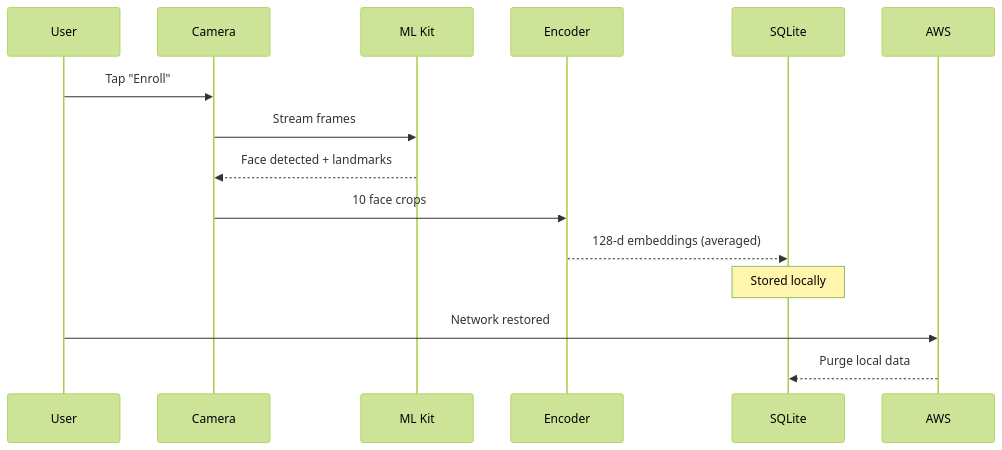
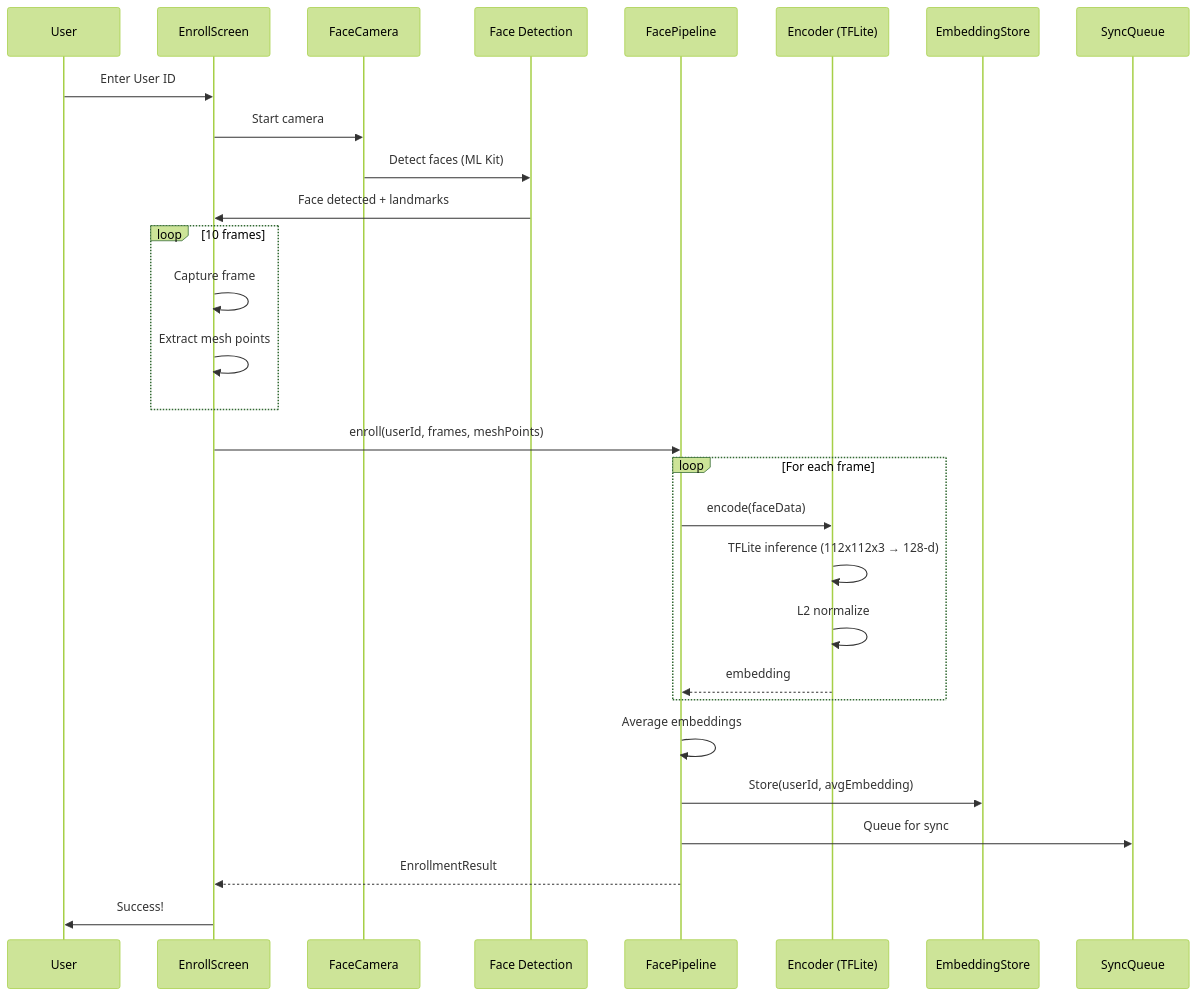
One commit to krsnaSuraj/NetraEdge changed the second of 11 diagrams in docs/ARCHITECTURE.md. Above: the diagram before and after it, drawn with Mermaid (forest theme). The commit also changed other lines of this file and 44 other files, not shown here.

````diff
--- a/docs/ARCHITECTURE.md
+++ b/docs/ARCHITECTURE.md
@@ -47,18 +50,36 @@
 ```mermaid
 sequenceDiagram
     participant U as User
-    participant CAM as Camera
-    participant ML as ML Kit
-    participant ENC as Encoder
-    participant DB as SQLite
-    participant AWS as AWS
-
-    U->>CAM: Tap "Enroll"
-    CAM->>ML: Stream frames
-    ML-->>CAM: Face detected + landmarks
-    CAM->>ENC: 10 face crops
-    ENC-->>DB: 128-d embeddings (averaged)
-    Note over DB: Stored locally
-    U->>AWS: Network restored
-    AWS-->>DB: Purge local data
+    participant S as EnrollScreen
+    participant C as FaceCamera
+    participant FD as Face Detection
+    participant P as FacePipeline
+    participant E as Encoder (TFLite)
+    participant ST as EmbeddingStore
+    participant SQ as SyncQueue
+    
+    U->>S: Enter User ID
+    S->>C: Start camera
+    C->>FD: Detect faces (ML Kit)
+    FD->>S: Face detected + landmarks
+    
+    loop 10 frames
+        S->>S: Capture frame
+        S->>S: Extract mesh points
+    end
+    
+    S->>P: enroll(userId, frames, meshPoints)
+    
+    loop For each frame
+        P->>E: encode(faceData)
+        E->>E: TFLite inference (112x112x3 → 128-d)
+        E->>E: L2 normalize
+        E-->>P: embedding
+    end
+    
+    P->>P: Average embeddings
+    P->>ST: Store(userId, avgEmbedding)
+    P->>SQ: Queue for sync
+    P-->>S: EnrollmentResult
+    S->>U: Success!
 ```
````
